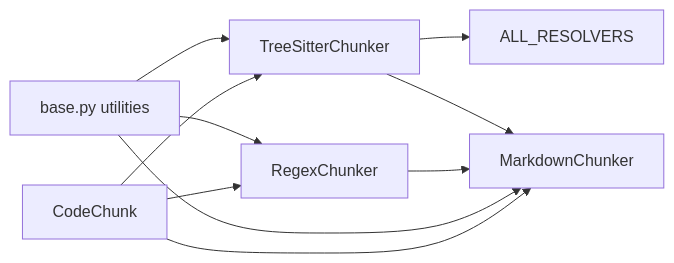
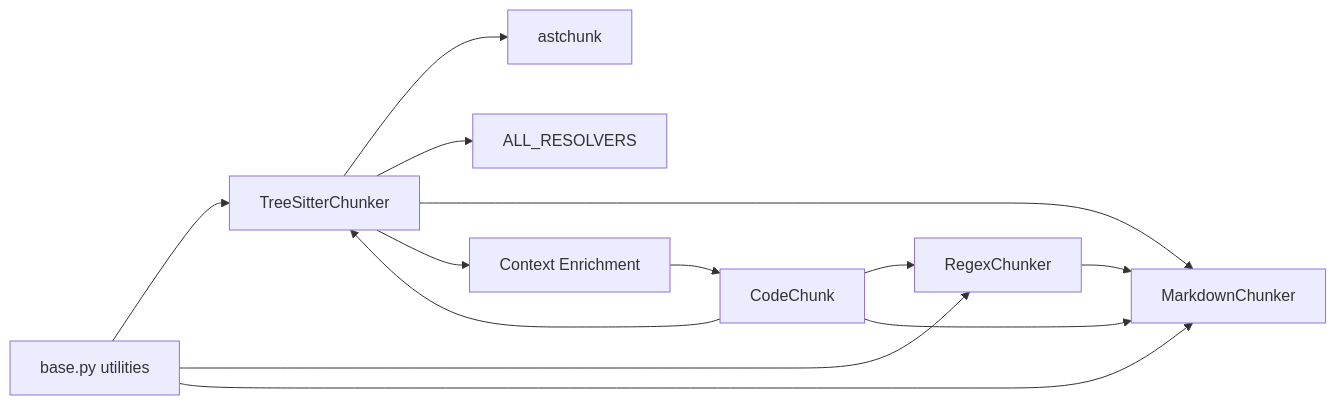
Before and after one commit to maemreyo/zmr-ctx-paker: the tenth of 10 diagrams in .qoder/repowiki/en/content/Core Modules/Chunker System/Chunker System.md, drawn with Mermaid. The commit also changed other lines of this file and 94 other files, not shown here.

````diff
--- a/.qoder/repowiki/en/content/Core Modules/Chunker System/Chunker System.md
+++ b/.qoder/repowiki/en/content/Core Modules/Chunker System/Chunker System.md
@@ -345,12 +400,15 @@
 ```mermaid
 graph LR
-TS["TreeSitterChunker"] --> RES["ALL_RESOLVERS"]
-TS --> MD["MarkdownChunker"]
+AST["TreeSitterChunker"] --> ASTC["astchunk"]
+AST --> RES["ALL_RESOLVERS"]
+AST --> MD["MarkdownChunker"]
+AST --> ENR["Context Enrichment"]
 REG["RegexChunker"] --> MD
-BASE["base.py utilities"] --> TS
+BASE["base.py utilities"] --> AST
 BASE --> REG
 BASE --> MD
-MODEL["CodeChunk"] --> TS
+MODEL["CodeChunk"] --> AST
 MODEL --> REG
 MODEL --> MD
+ENR --> MODEL
 ```
````
